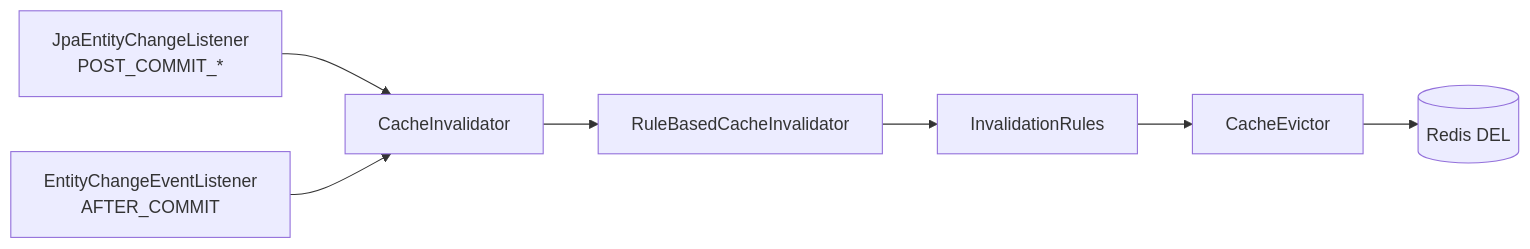
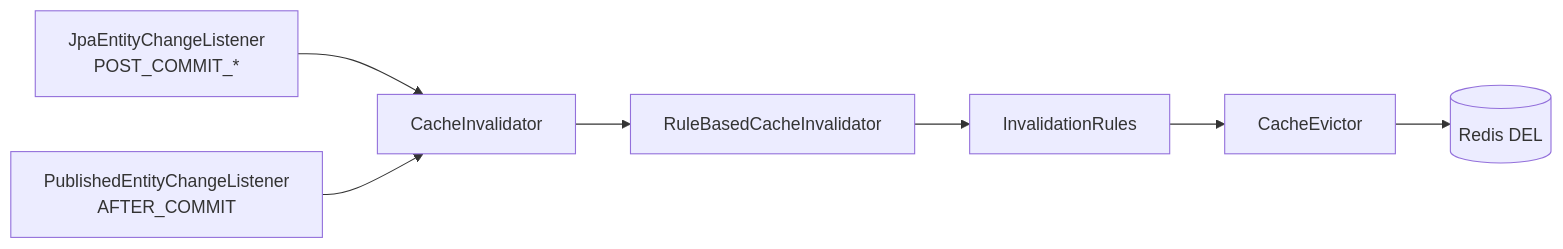
One commit to gmoon92/toy changed the third of 3 diagrams in spring-cache/cache-invalidation-strategy/write-invalidate/README.md. Above: the diagram before and after it, drawn with Mermaid. The commit also changed other lines of this file and 39 other files, not shown here.

````diff
--- a/spring-cache/cache-invalidation-strategy/write-invalidate/README.md
+++ b/spring-cache/cache-invalidation-strategy/write-invalidate/README.md
@@ -93,9 +93,9 @@
 ```mermaid
 flowchart LR
     H["JpaEntityChangeListener<br/>POST_COMMIT_*"] --> S
-    P["EntityChangeEventListener<br/>AFTER_COMMIT"] --> S
+    P["PublishedEntityChangeListener<br/>AFTER_COMMIT"] --> S
     S["CacheInvalidator"] --> I[RuleBasedCacheInvalidator]
     I --> RU[InvalidationRules]
     RU --> EV[CacheEvictor]
     EV --> C[(Redis DEL)]
 ```
````
